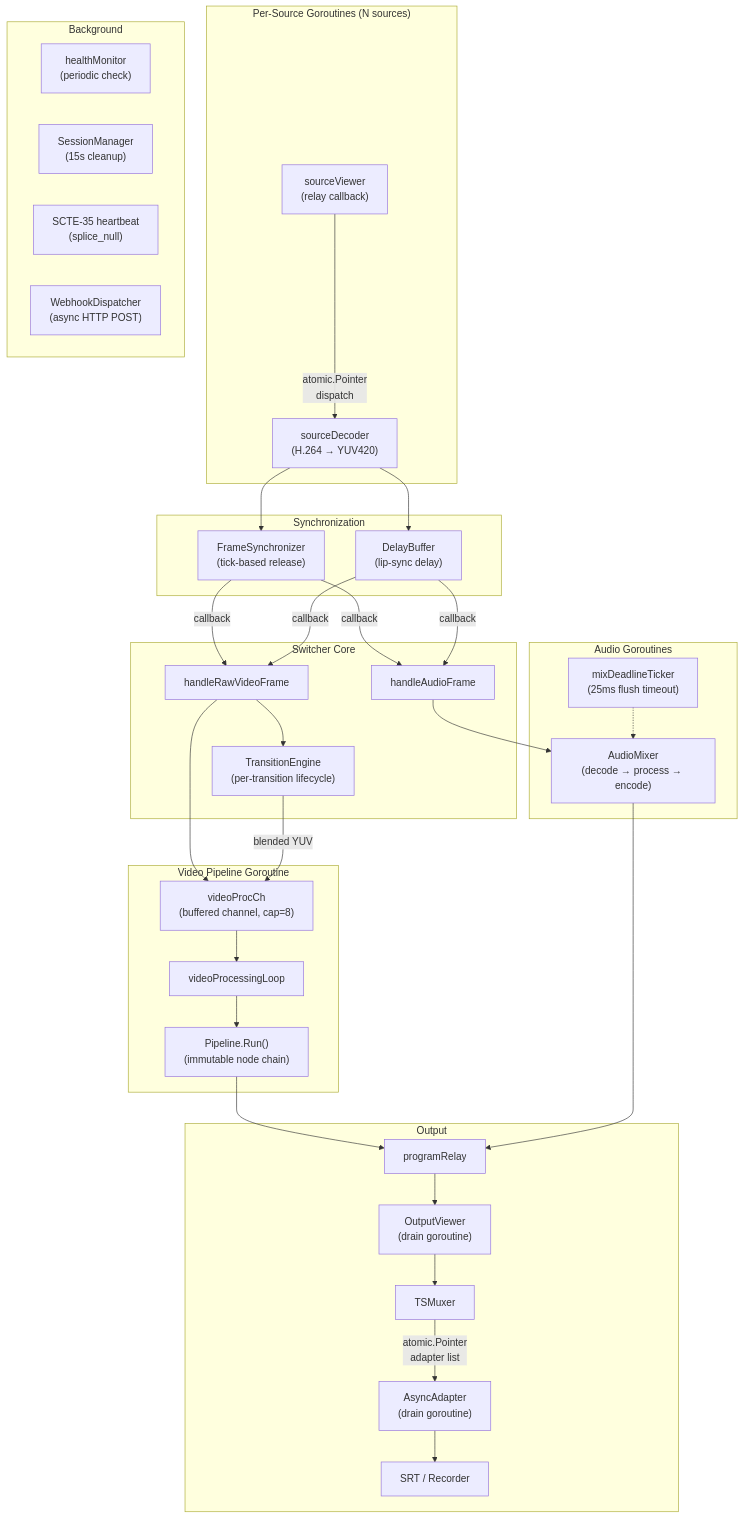
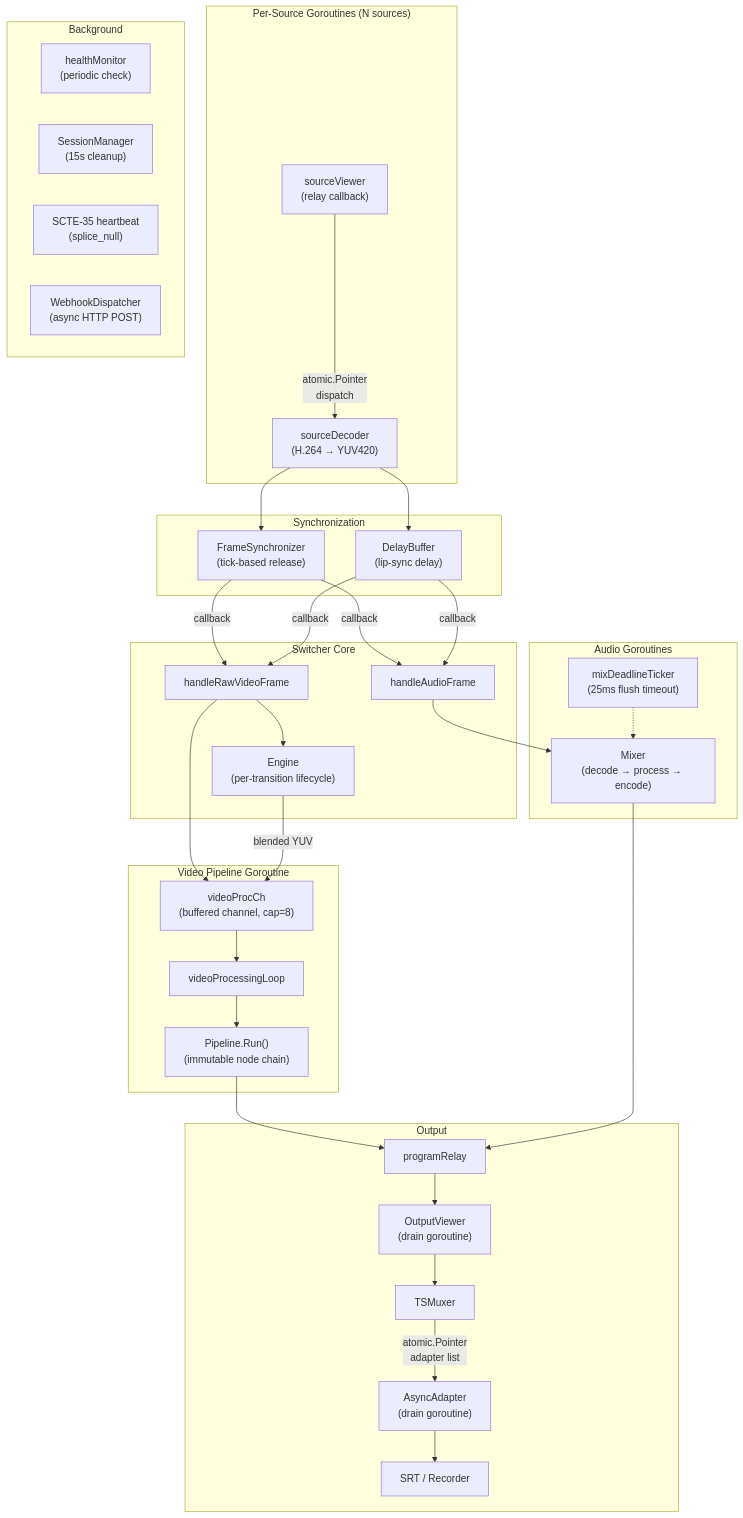
One commit to zsiec/switchframe changed the first of 7 diagrams in docs/locking-and-concurrency.md. Above: the diagram before and after it, drawn with Mermaid. The commit also changed other lines of this file and 92 other files, not shown here.

````diff
--- a/docs/locking-and-concurrency.md
+++ b/docs/locking-and-concurrency.md
@@ -35,65 +35,65 @@
 ```mermaid
 flowchart TD
     subgraph sources ["Per-Source Goroutines (N sources)"]
         sv["sourceViewer<br/>(relay callback)"]
         sd["sourceDecoder<br/>(H.264 → YUV420)"]
         sv -->|"atomic.Pointer<br/>dispatch"| sd
     end
 
     subgraph sync ["Synchronization"]
         fs["FrameSynchronizer<br/>(tick-based release)"]
         db["DelayBuffer<br/>(lip-sync delay)"]
     end
 
     subgraph core ["Switcher Core"]
         hrvf["handleRawVideoFrame"]
         haf["handleAudioFrame"]
-        te["TransitionEngine<br/>(per-transition lifecycle)"]
+        te["Engine<br/>(per-transition lifecycle)"]
     end
 
     subgraph pipeline ["Video Pipeline Goroutine"]
         vpc["videoProcCh<br/>(buffered channel, cap=8)"]
         vpl["videoProcessingLoop"]
         pipe["Pipeline.Run()<br/>(immutable node chain)"]
     end
 
     subgraph audio ["Audio Goroutines"]
-        mix["AudioMixer<br/>(decode → process → encode)"]
+        mix["Mixer<br/>(decode → process → encode)"]
         tick["mixDeadlineTicker<br/>(25ms flush timeout)"]
     end
 
     subgraph output ["Output"]
         pr["programRelay"]
         ov["OutputViewer<br/>(drain goroutine)"]
         mux["TSMuxer"]
         aa["AsyncAdapter<br/>(drain goroutine)"]
         srt["SRT / Recorder"]
     end
 
     subgraph bg ["Background"]
         hm["healthMonitor<br/>(periodic check)"]
         sm["SessionManager<br/>(15s cleanup)"]
         hb["SCTE-35 heartbeat<br/>(splice_null)"]
         wh["WebhookDispatcher<br/>(async HTTP POST)"]
     end
 
     sd --> fs
     sd --> db
     fs -->|callback| hrvf
     db -->|callback| hrvf
     fs -->|callback| haf
     db -->|callback| haf
     hrvf --> te
     hrvf --> vpc
     te -->|blended YUV| vpc
     vpc --> vpl
     vpl --> pipe
     pipe --> pr
     haf --> mix
     tick -.-> mix
     mix --> pr
     pr --> ov
     ov --> mux
     mux -->|"atomic.Pointer<br/>adapter list"| aa
     aa --> srt
 ```
````
